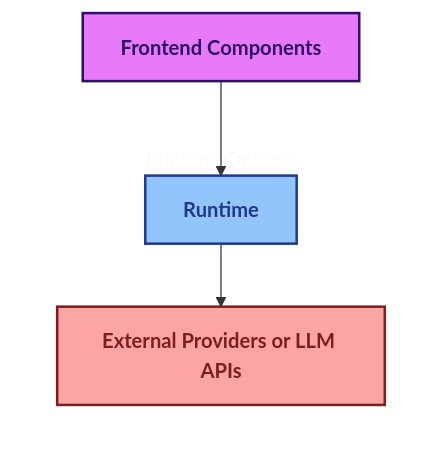
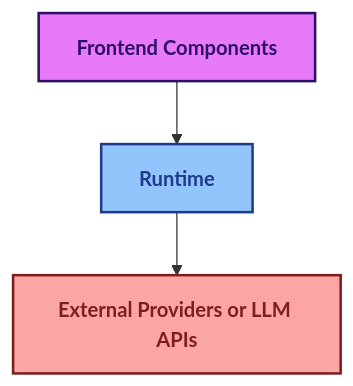
One commit to assistant-ui/assistant-ui changed the first of 3 diagrams in apps/docs/content/docs/architecture.mdx. Above: the diagram before and after it, drawn with Mermaid. The commit also changed other lines of this file and 2 other files, not shown here.

````diff
--- a/apps/docs/content/docs/architecture.mdx
+++ b/apps/docs/content/docs/architecture.mdx
@@ -39,19 +39,14 @@
 ```mermaid
 graph TD
     A[Frontend Components] --> B[Runtime]
     B --> D[External Providers or LLM APIs]
     
-    subgraph runtimeOptions["Runtime Options"]
-        B
-        D
-    end
     
     classDef default color:#f8fafc,text-align:center
     
     style A fill:#e879f9,stroke:#2e1065,stroke-width:2px,color:#2e1065,font-weight:bold
     style B fill:#93c5fd,stroke:#1e3a8a,stroke-width:2px,color:#1e3a8a,font-weight:bold
     style D fill:#fca5a5,stroke:#7f1d1d,stroke-width:2px,color:#7f1d1d,font-weight:bold
-    style runtimeOptions fill:transparent,color:#f8fafc,stroke:none
     
     class A,B,C,D,E default
 ```
````
